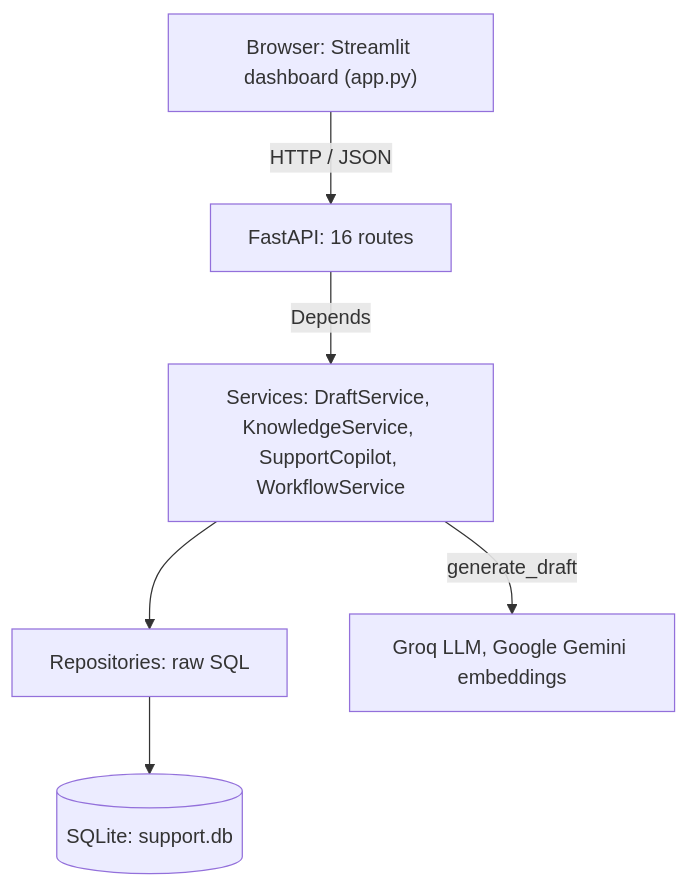
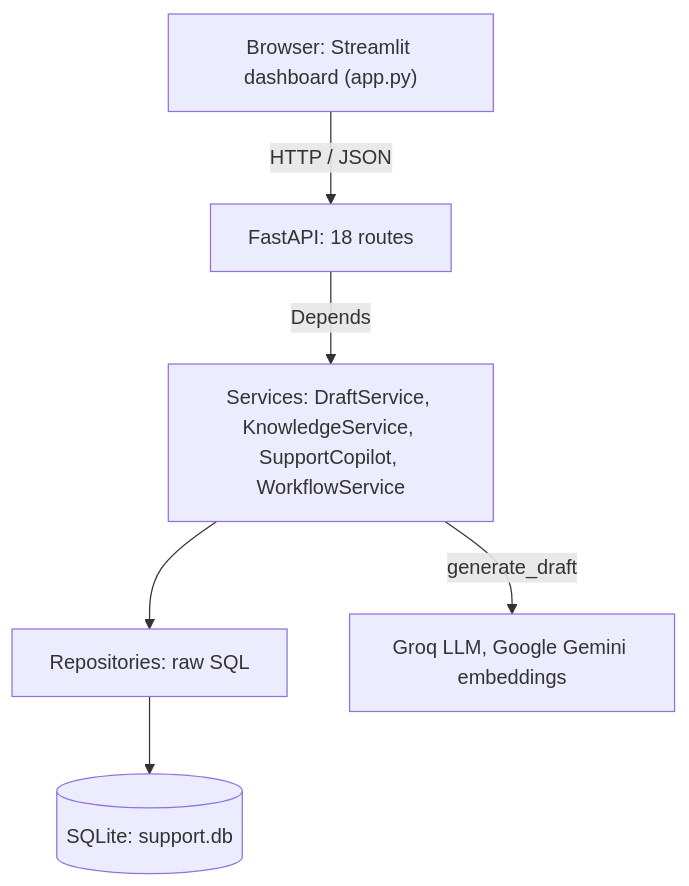
The first of 2 diagrams in README.md (samriddhi56652/insurance-claims-copilot), drawn with Mermaid before and after one commit. The commit also changed other lines of this file and 10 other files, not shown here.

````diff
--- a/README.md
+++ b/README.md
@@ -132,15 +135,15 @@
 ```mermaid
 flowchart TD
     UI["Browser: Streamlit dashboard (app.py)"]
-    API["FastAPI: 16 routes"]
+    API["FastAPI: 18 routes"]
     SVC["Services: DraftService, KnowledgeService, SupportCopilot, WorkflowService"]
     REPO["Repositories: raw SQL"]
     DB[("SQLite: support.db")]
     EXT["Groq LLM, Google Gemini embeddings"]
 
     UI -->|HTTP / JSON| API
     API -->|Depends| SVC
     SVC --> REPO
     REPO --> DB
     SVC -->|generate_draft| EXT
 ```
````
